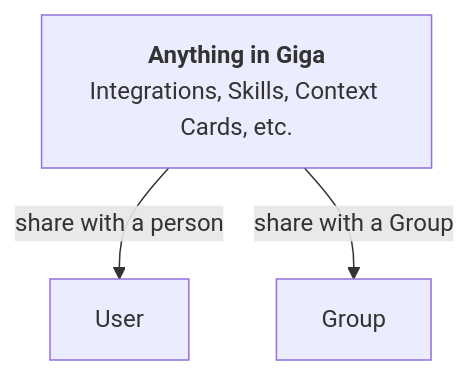
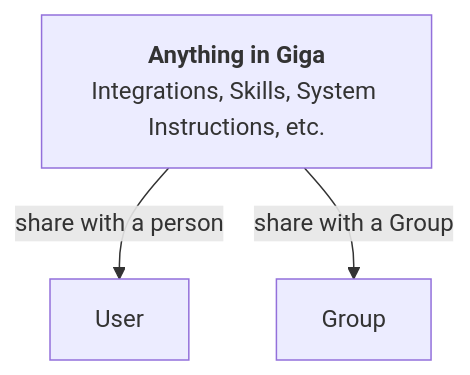
The diagram in introduction.mdx (tonyennis145/documentationai-Docs), drawn with Mermaid before and after one commit. The commit also changed other lines of this file and 91 other files, not shown here.

````diff
--- a/introduction.mdx
+++ b/introduction.mdx
@@ -21,6 +21,6 @@
 ```mermaid
 graph TB
-    A["<b>Anything in Giga</b><br/><span style='font-weight:400'>Integrations, Skills, Context Cards, etc.</span>"]
+    A["<b>Anything in Giga</b><br/><span style='font-weight:400'>Integrations, Skills, System Instructions, etc.</span>"]
     A -->|share with a person| U[User]
     A -->|share with a Group| G[Group]
 ```
````
